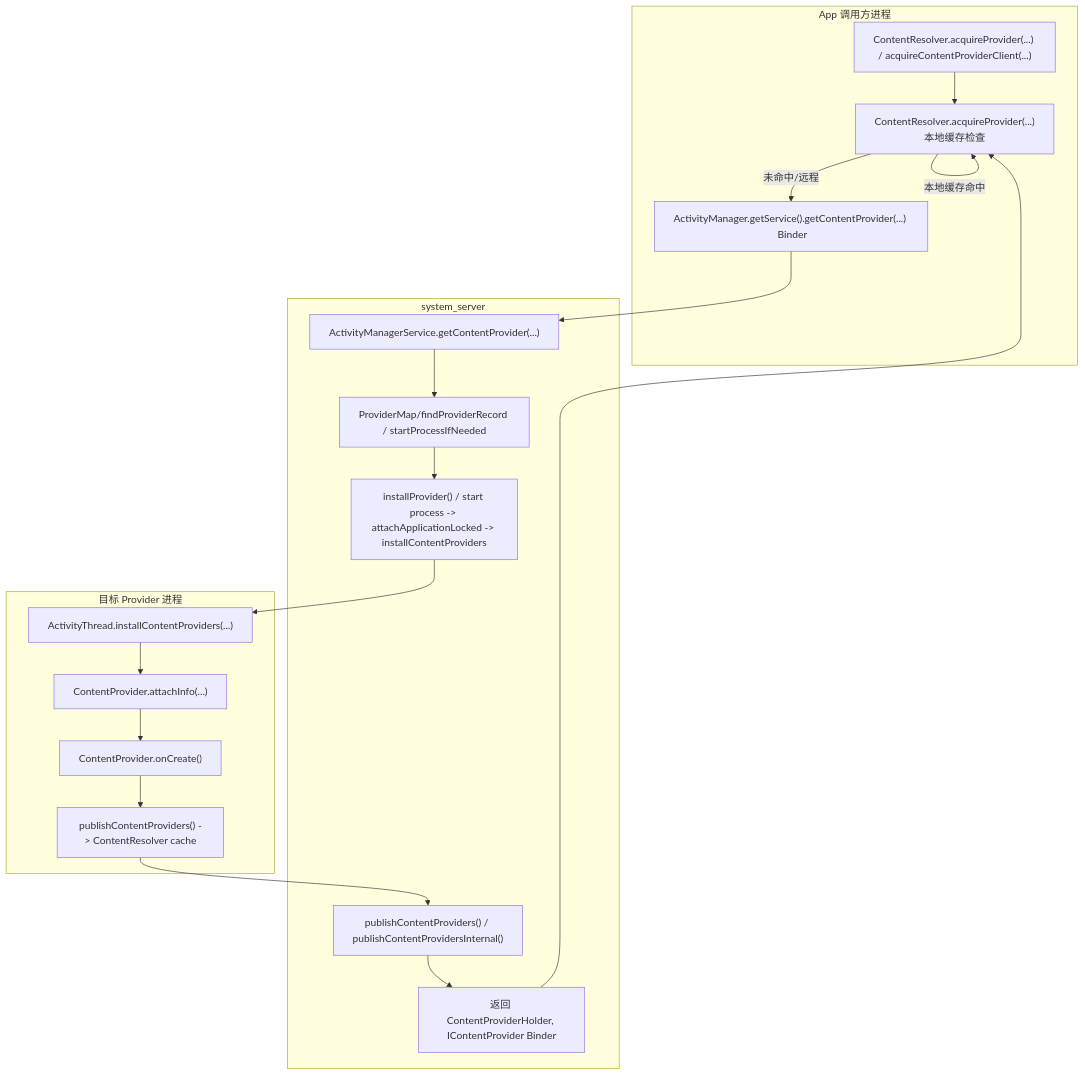
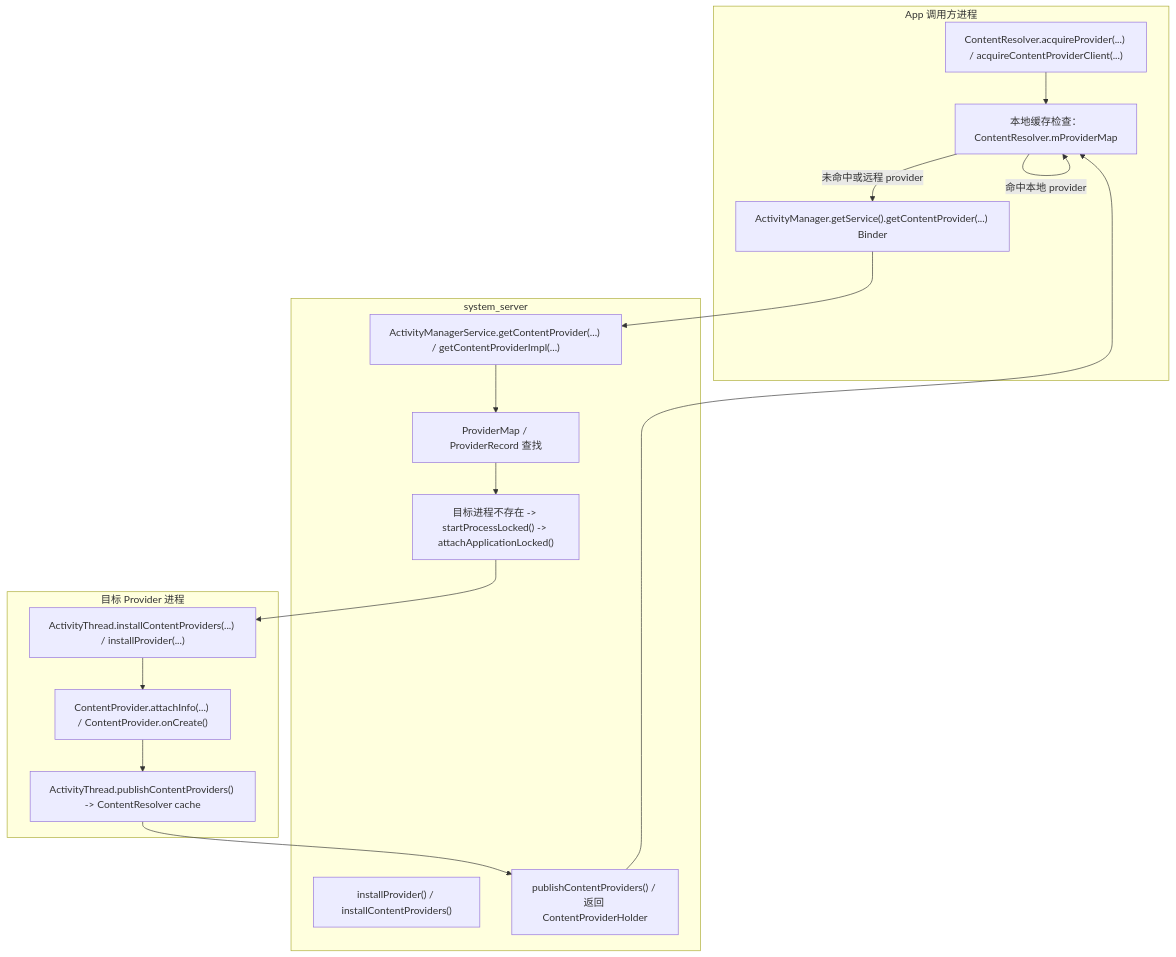
Before and after one commit to Roymein/android_docs: the diagram in framework/04_ContentProvider.md, drawn with Mermaid. The commit also changed other lines of this file and 4 other files, not shown here.

````diff
--- a/framework/04_ContentProvider.md
+++ b/framework/04_ContentProvider.md
@@ -18,28 +19,26 @@
 ```mermaid
 flowchart TD
   subgraph AppCaller["App 调用方进程"]
     A1["ContentResolver.acquireProvider(...) / acquireContentProviderClient(...)"]
-    A2["ContentResolver.acquireProvider(...)
-本地缓存检查"]
-    A3["ActivityManager.getService().getContentProvider(...)  Binder"]
+    A2["本地缓存检查：ContentResolver.mProviderMap"]
+    A3["ActivityManager.getService().getContentProvider(...) Binder"]
   end
 
   subgraph SS["system_server"]
-    S1["ActivityManagerService.getContentProvider(...)"]
-    S2["ProviderMap/findProviderRecord / startProcessIfNeeded"]
-    S3["installProvider() / start process -> attachApplicationLocked -> installContentProviders"]
-    S4["publishContentProviders() / publishContentProvidersInternal()"]
-    S5["返回 ContentProviderHolder, IContentProvider Binder"]
+    S1["ActivityManagerService.getContentProvider(...) / getContentProviderImpl(...) "]
+    S2["ProviderMap / ProviderRecord 查找"]
+    S3["目标进程不存在 -> startProcessLocked() -> attachApplicationLocked()"]
+    S4["installProvider() / installContentProviders()"]
+    S5["publishContentProviders() / 返回 ContentProviderHolder"]
   end
 
   subgraph TargetApp["目标 Provider 进程"]
-    T1["ActivityThread.installContentProviders(...)" ]
-    T2["ContentProvider.attachInfo(...)"]
-    T3["ContentProvider.onCreate()"]
-    T4["publishContentProviders() -> ContentResolver cache"]
+    T1["ActivityThread.installContentProviders(...) / installProvider(...)"]
+    T2["ContentProvider.attachInfo(...) / ContentProvider.onCreate()"]
+    T3["ActivityThread.publishContentProviders() -> ContentResolver cache"]
   end
 
   A1 --> A2
-  A2 -- "未命中/远程" --> A3 --> S1 --> S2 --> S3 --> T1 --> T2 --> T3 --> T4 --> S4 --> S5 --> A2
-  A2 -- "本地缓存命中" --> A2
+  A2 -- "命中本地 provider" --> A2
+  A2 -- "未命中或远程 provider" --> A3 --> S1 --> S2 --> S3 --> T1 --> T2 --> T3 --> S5 --> A2
 ```
````
